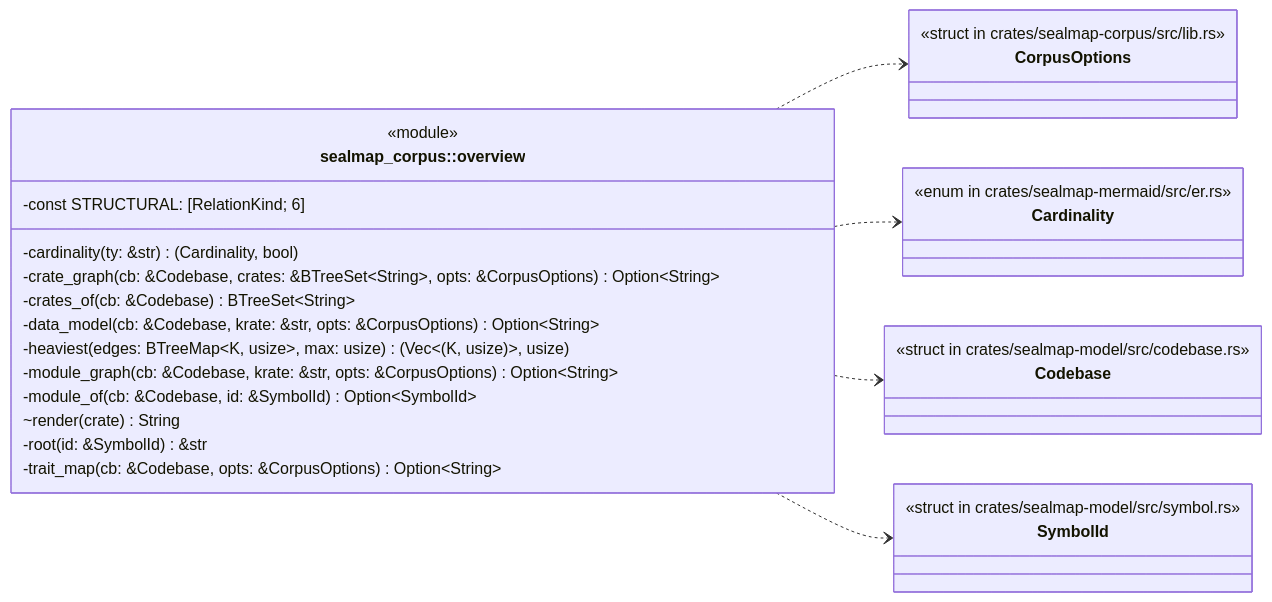
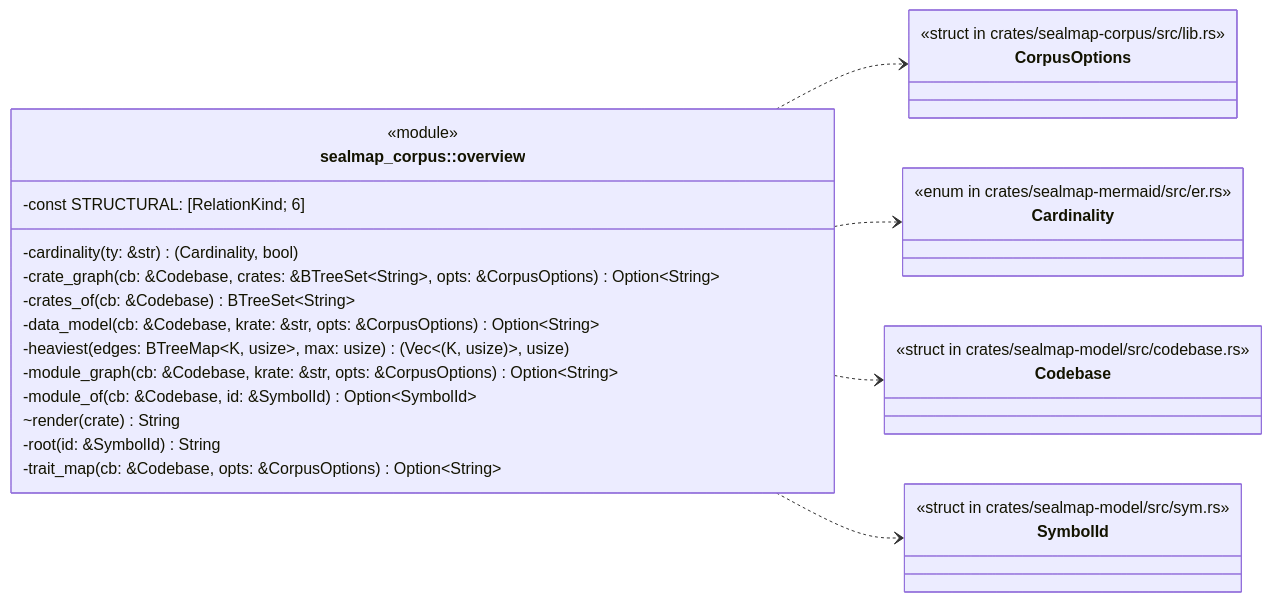
The first of 9 diagrams in docs/sealmap/crates/sealmap-corpus/src/overview.rs.md (DreamLab-AI/codemaid), drawn with Mermaid before and after one commit. The commit also changed other lines of this file and 45 other files, not shown here.

First line of the commit message:
docs: regenerate the self-corpus for sym: ids and schema v2

````diff
--- a/docs/sealmap/crates/sealmap-corpus/src/overview.rs.md
+++ b/docs/sealmap/crates/sealmap-corpus/src/overview.rs.md
@@ -14,34 +14,34 @@
 ```mermaid
 classDiagram
   direction LR
   class sealmap_corpus__overview["sealmap_corpus::overview"] {
     <<module>>
     -const STRUCTURAL: [RelationKind#59; 6]
     -cardinality(ty: &str) #40;Cardinality, bool#41;
     -crate_graph(cb: &Codebase, crates: &BTreeSet#lt;String#gt;, opts: &CorpusOptions) Option#lt;String#gt;
     -crates_of(cb: &Codebase) BTreeSet#lt;String#gt;
     -data_model(cb: &Codebase, krate: &str, opts: &CorpusOptions) Option#lt;String#gt;
     -heaviest(edges: BTreeMap#lt;K, usize#gt;, max: usize) #40;Vec#lt;#40;K, usize#41;#gt;, usize#41;
     -module_graph(cb: &Codebase, krate: &str, opts: &CorpusOptions) Option#lt;String#gt;
     -module_of(cb: &Codebase, id: &SymbolId) Option#lt;SymbolId#gt;
     ~render(crate) String
-    -root(id: &SymbolId) &str
+    -root(id: &SymbolId) String
     -trait_map(cb: &Codebase, opts: &CorpusOptions) Option#lt;String#gt;
   }
-  class sealmap_corpus__CorpusOptions["CorpusOptions"] {
+  class sealmap_corpus___tCorpusOptions["CorpusOptions"] {
     <<struct in crates/sealmap-corpus/src/lib.rs>>
   }
-  class sealmap_mermaid__er__Cardinality["Cardinality"] {
+  class sealmap_mermaid__er___tCardinality["Cardinality"] {
     <<enum in crates/sealmap-mermaid/src/er.rs>>
   }
-  class sealmap_model__codebase__Codebase["Codebase"] {
+  class sealmap_model__codebase___tCodebase["Codebase"] {
     <<struct in crates/sealmap-model/src/codebase.rs>>
   }
-  class sealmap_model__symbol__SymbolId["SymbolId"] {
-    <<struct in crates/sealmap-model/src/symbol.rs>>
+  class sealmap_model__sym___tSymbolId["SymbolId"] {
+    <<struct in crates/sealmap-model/src/sym.rs>>
   }
-  sealmap_corpus__overview ..> sealmap_corpus__CorpusOptions
-  sealmap_corpus__overview ..> sealmap_mermaid__er__Cardinality
-  sealmap_corpus__overview ..> sealmap_model__codebase__Codebase
-  sealmap_corpus__overview ..> sealmap_model__symbol__SymbolId
+  sealmap_corpus__overview ..> sealmap_corpus___tCorpusOptions
+  sealmap_corpus__overview ..> sealmap_mermaid__er___tCardinality
+  sealmap_corpus__overview ..> sealmap_model__codebase___tCodebase
+  sealmap_corpus__overview ..> sealmap_model__sym___tSymbolId
 ```
````
